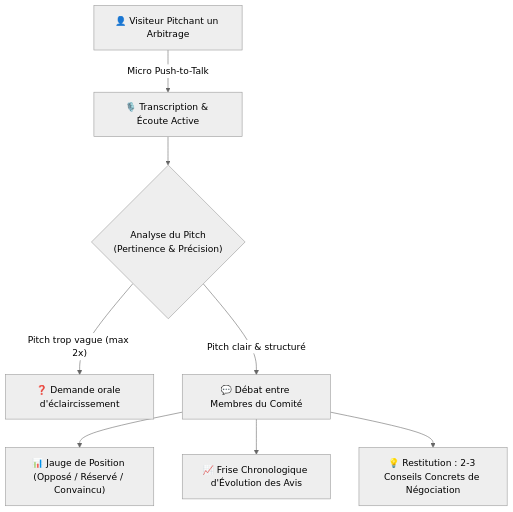
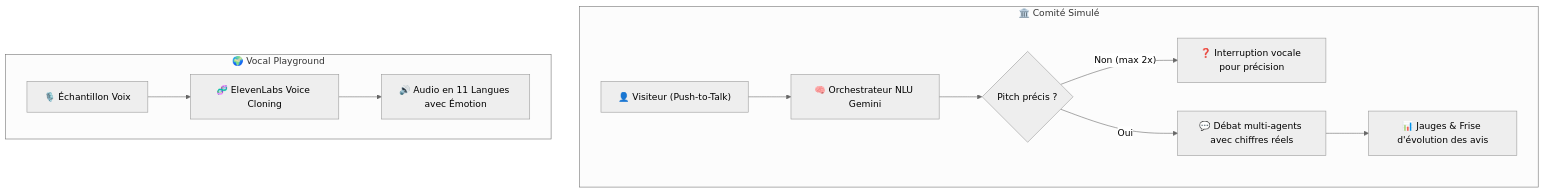
Before and after one commit to emiliejng/second-brain-Emilie: the diagram in 01 - Projects/Stage OnePoint - AI Lab/Fiches Techniques/FT05 - Vocal Playground et Comite Simule.md, drawn with Mermaid (neutral theme). The commit also changed other lines of this file and 10 other files, not shown here.

````diff
--- a/01 - Projects/Stage OnePoint - AI Lab/Fiches Techniques/FT05 - Vocal Playground et Comite Simule.md
+++ b/01 - Projects/Stage OnePoint - AI Lab/Fiches Techniques/FT05 - Vocal Playground et Comite Simule.md
@@ -37,10 +44,14 @@
 ```mermaid
 flowchart TD
-    A["👤 Visiteur Pitchant un Arbitrage"] -->|"Micro Push-to-Talk"| B["🎙️ Transcription & Écoute Active"]
-    B --> C{"Analyse du Pitch<br>(Pertinence & Précision)"}
-    C -->|"Pitch trop vague (max 2x)"| D["❓ Demande orale d'éclaircissement"]
-    C -->|"Pitch clair & structuré"| E["💬 Débat entre Membres du Comité"]
-    E --> F["📊 Jauge de Position (Opposé / Réservé / Convaincu)"]
-    E --> G["📈 Frise Chronologique d'Évolution des Avis"]
-    E --> H["💡 Restitution : 2-3 Conseils Concrets de Négociation"]
+    subgraph Volet1["🏛️ Comité Simulé"]
+        A["👤 Visiteur (Push-to-Talk)"] --> B["🧠 Orchestrateur NLU Gemini"]
+        B --> C{"Pitch précis ?"}
+        C -->|"Non (max 2x)"| D["❓ Interruption vocale pour précision"]
+        C -->|"Oui"| E["💬 Débat multi-agents avec chiffres réels"]
+        E --> F["📊 Jauges & Frise d'évolution des avis"]
+    end
+    subgraph Volet2["🌍 Vocal Playground"]
+        G["🎙️ Échantillon Voix"] --> H["🧬 ElevenLabs Voice Cloning"]
+        H --> I["🔊 Audio en 11 Langues avec Émotion"]
+    end
 ```
````
